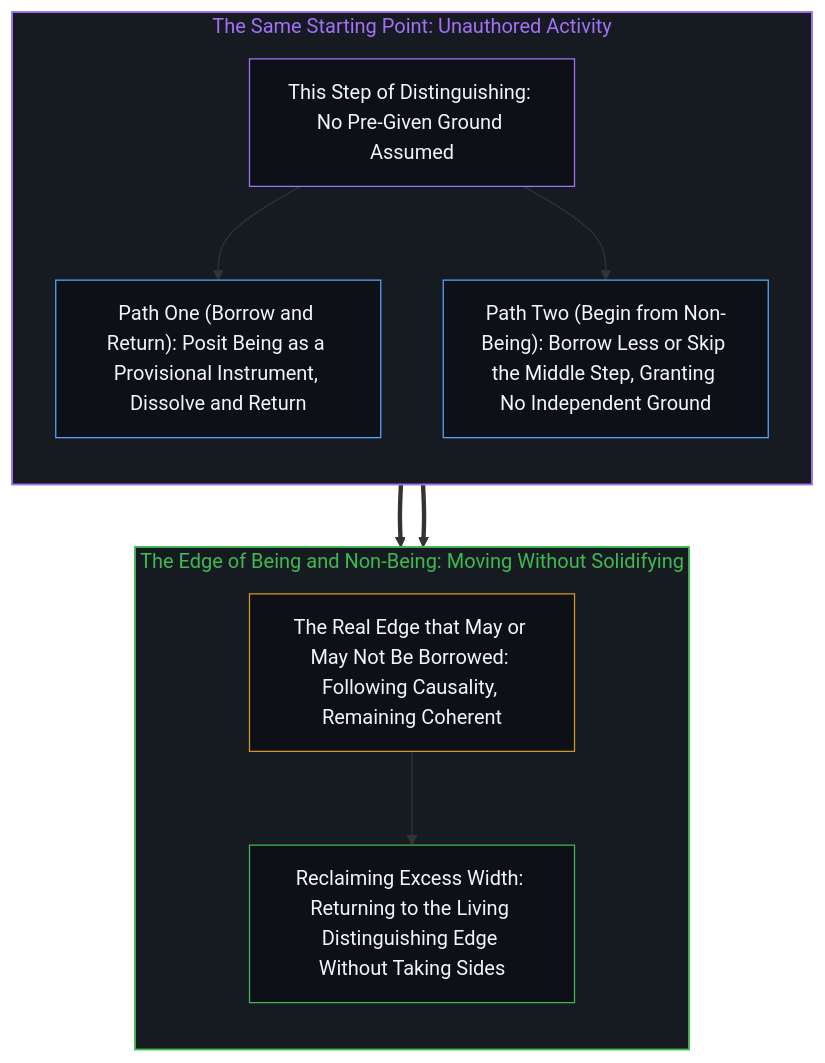
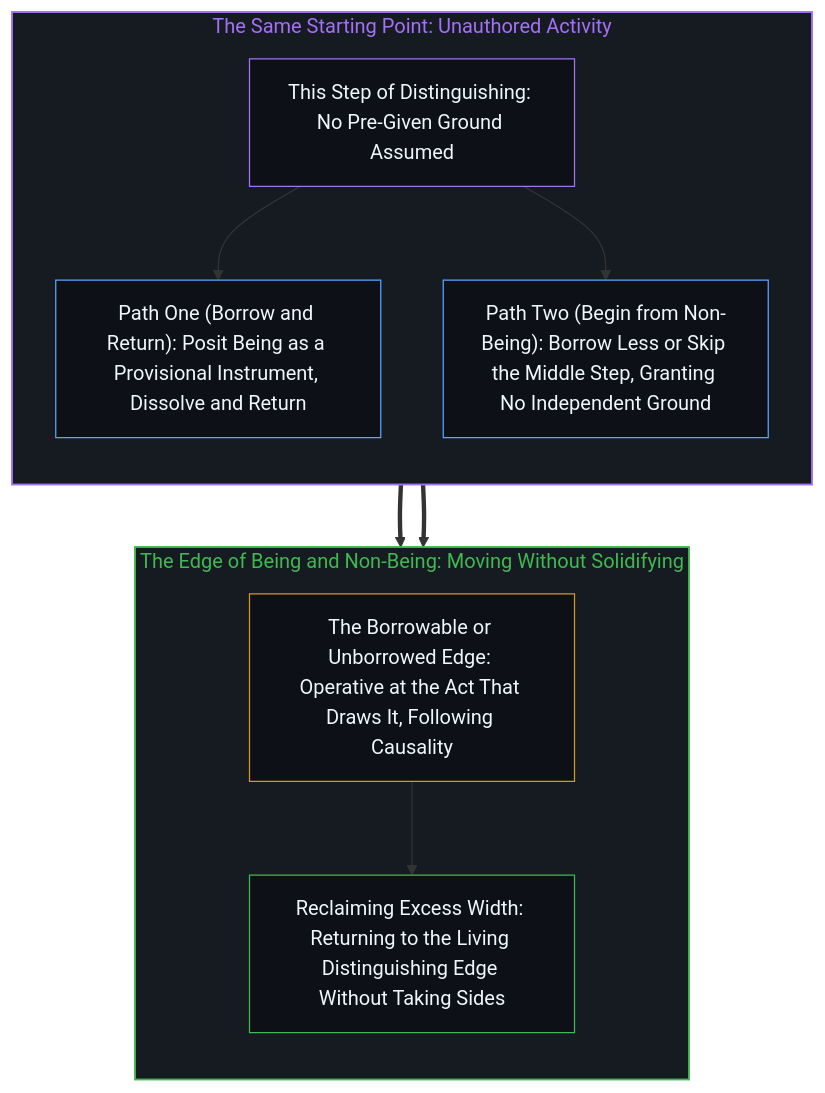
One commit to powerpig99/not-a-toe changed the second of 2 diagrams in content/posts/you-wu-zhi-bian.md. Above: the diagram before and after it, drawn with Mermaid. The commit also changed other lines of this file and 7 other files, not shown here.

````diff
--- a/content/posts/you-wu-zhi-bian.md
+++ b/content/posts/you-wu-zhi-bian.md
@@ -69,29 +66,26 @@
 ```mermaid
 flowchart TD
     subgraph S_Origin["The Same Starting Point: Unauthored Activity"]
         direction TB
         O_Act["This Step of Distinguishing: No Pre-Given Ground Assumed"]
         O_Borrow["Path One (Borrow and Return): Posit Being as a Provisional Instrument, Dissolve and Return"]
         O_Direct["Path Two (Begin from Non-Being): Borrow Less or Skip the Middle Step, Granting No Independent Ground"]
         O_Act --> O_Borrow
         O_Act --> O_Direct
     end
-
     subgraph S_Edge["The Edge of Being and Non-Being: Moving Without Solidifying"]
         direction TB
-        E_Edge["The Real Edge that May or May Not Be Borrowed: Following Causality, Remaining Coherent"]
+        E_Edge["The Borrowable or Unborrowed Edge: Operative at the Act That Draws It, Following Causality"]
         E_Return["Reclaiming Excess Width: Returning to the Living Distinguishing Edge Without Taking Sides"]
         E_Edge --> E_Return
     end
-
     O_Borrow ==> E_Edge
     O_Direct ==> E_Edge
-
     style S_Origin fill:#161b22,stroke:#a371f7,stroke-width:1.5px,color:#a371f7
     style S_Edge fill:#161b22,stroke:#3fb950,stroke-width:1.5px,color:#3fb950
     style O_Act fill:#0d1117,stroke:#a371f7,stroke-width:1px,color:#f0f6fc
     style O_Borrow fill:#0d1117,stroke:#58a6ff,stroke-width:1px,color:#f0f6fc
     style O_Direct fill:#0d1117,stroke:#58a6ff,stroke-width:1px,color:#f0f6fc
     style E_Edge fill:#0d1117,stroke:#d29922,stroke-width:1px,color:#f0f6fc
     style E_Return fill:#0d1117,stroke:#3fb950,stroke-width:1px,color:#f0f6fc
 ```
````
